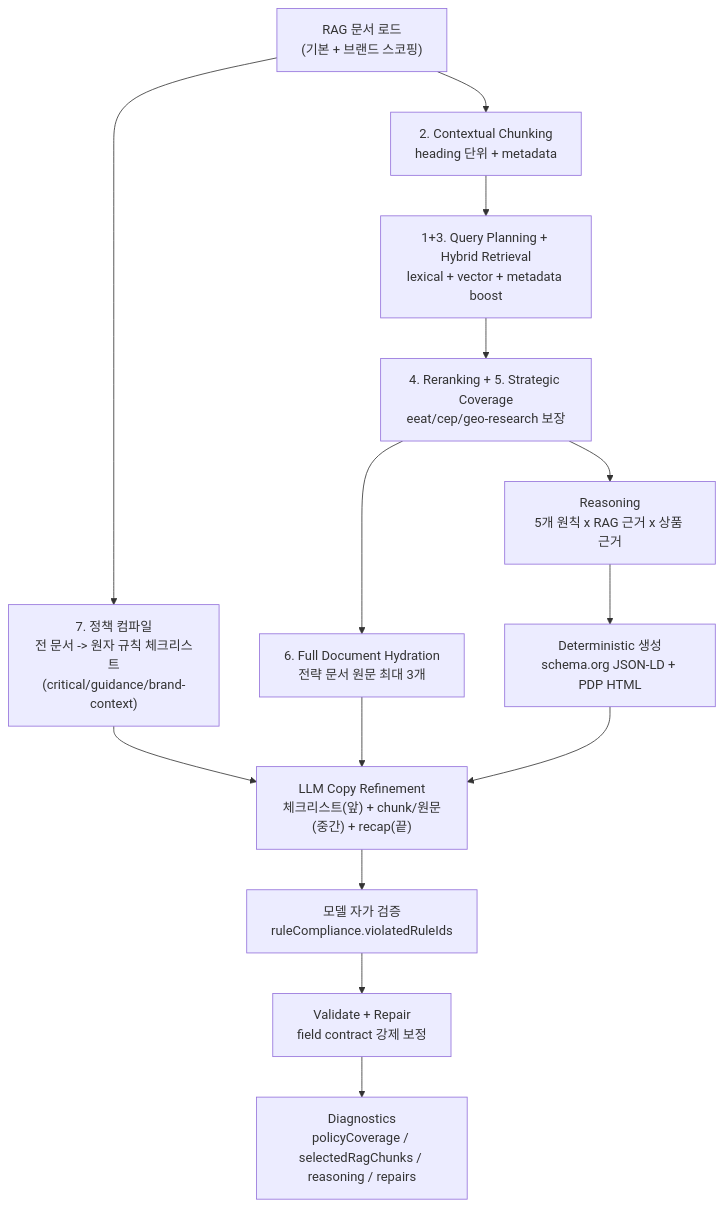
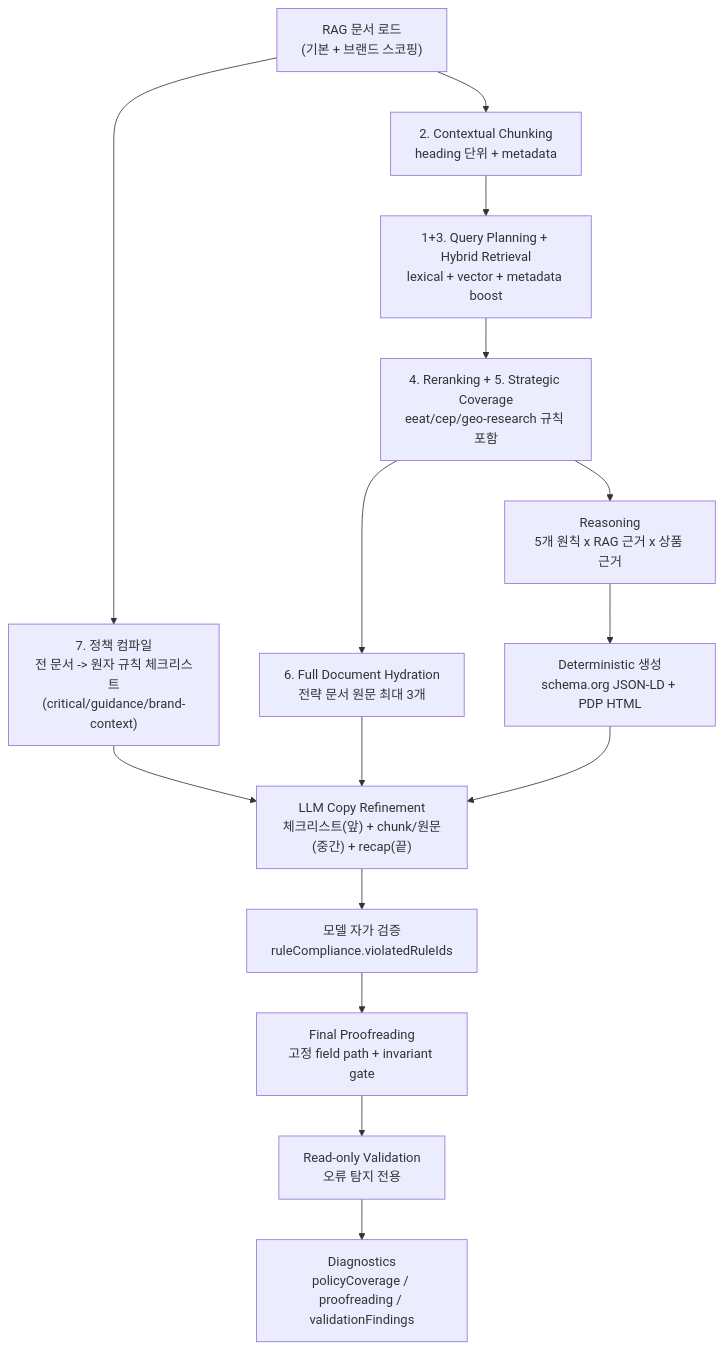
Before and after one commit to jungtaeinn/agentic-geo: the second of 2 diagrams in packages/pdp-geo-generator-agent/README.md, drawn with Mermaid. The commit also changed other lines of this file and 47 other files, not shown here.

Commit message:
feat: improve evidence-grounded GEO schema generation

````diff
--- a/packages/pdp-geo-generator-agent/README.md
+++ b/packages/pdp-geo-generator-agent/README.md
@@ -195,16 +199,17 @@
 ```mermaid
 flowchart TD
   DOCS["RAG 문서 로드<br/>(기본 + 브랜드 스코핑)"] --> COMPILE["7. 정책 컴파일<br/>전 문서 -> 원자 규칙 체크리스트<br/>(critical/guidance/brand-context)"]
   DOCS --> CHUNK["2. Contextual Chunking<br/>heading 단위 + metadata"]
   CHUNK --> RETRIEVE["1+3. Query Planning + Hybrid Retrieval<br/>lexical + vector + metadata boost"]
-  RETRIEVE --> RERANK["4. Reranking + 5. Strategic Coverage<br/>eeat/cep/geo-research 보장"]
+  RETRIEVE --> RERANK["4. Reranking + 5. Strategic Coverage<br/>eeat/cep/geo-research 규칙 포함"]
   RERANK --> HYDRATE["6. Full Document Hydration<br/>전략 문서 원문 최대 3개"]
   RERANK --> REASON["Reasoning<br/>5개 원칙 x RAG 근거 x 상품 근거"]
   REASON --> GEN["Deterministic 생성<br/>schema.org JSON-LD + PDP HTML"]
   GEN --> REFINE["LLM Copy Refinement<br/>체크리스트(앞) + chunk/원문(중간) + recap(끝)"]
   COMPILE --> REFINE
   HYDRATE --> REFINE
   REFINE --> SELFCHECK["모델 자가 검증<br/>ruleCompliance.violatedRuleIds"]
-  SELFCHECK --> VALIDATE["Validate + Repair<br/>field contract 강제 보정"]
-  VALIDATE --> DIAG["Diagnostics<br/>policyCoverage / selectedRagChunks / reasoning / repairs"]
+  SELFCHECK --> PROOFREAD["Final Proofreading<br/>고정 field path + invariant gate"]
+  PROOFREAD --> VALIDATE["Read-only Validation<br/>오류 탐지 전용"]
+  VALIDATE --> DIAG["Diagnostics<br/>policyCoverage / proofreading / validationFindings"]
 ```
````
